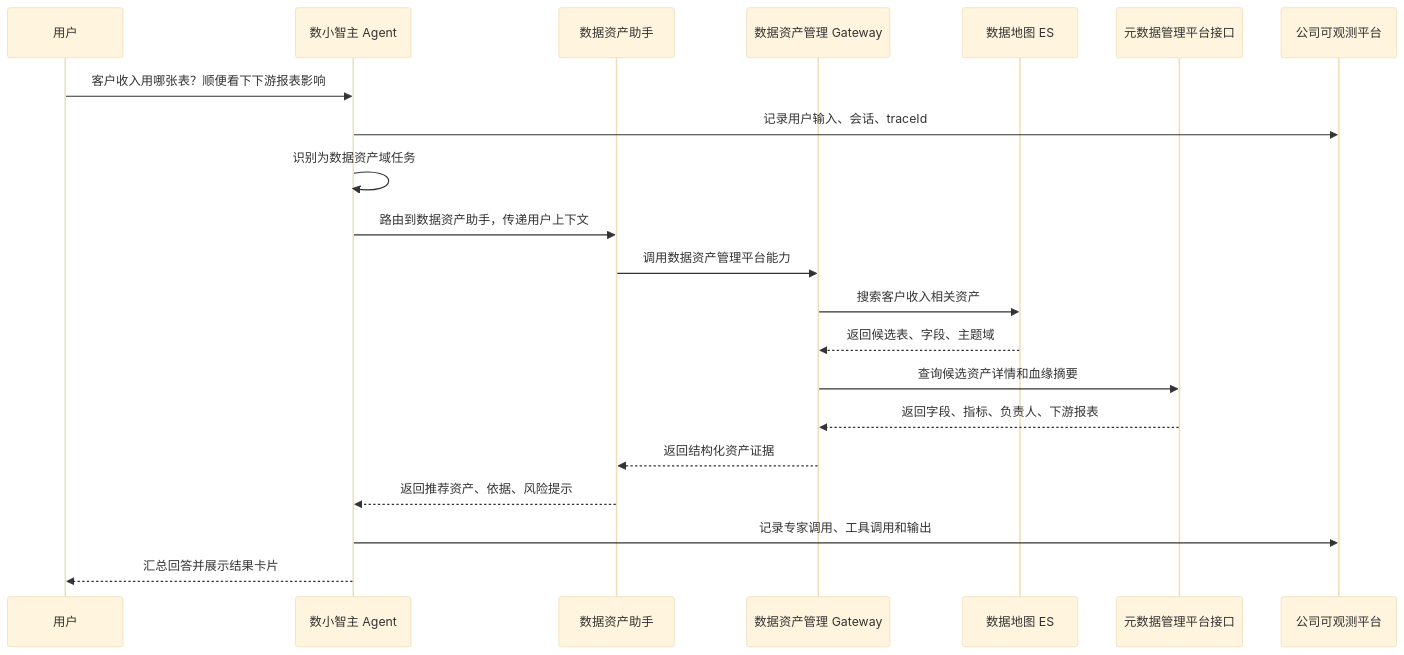
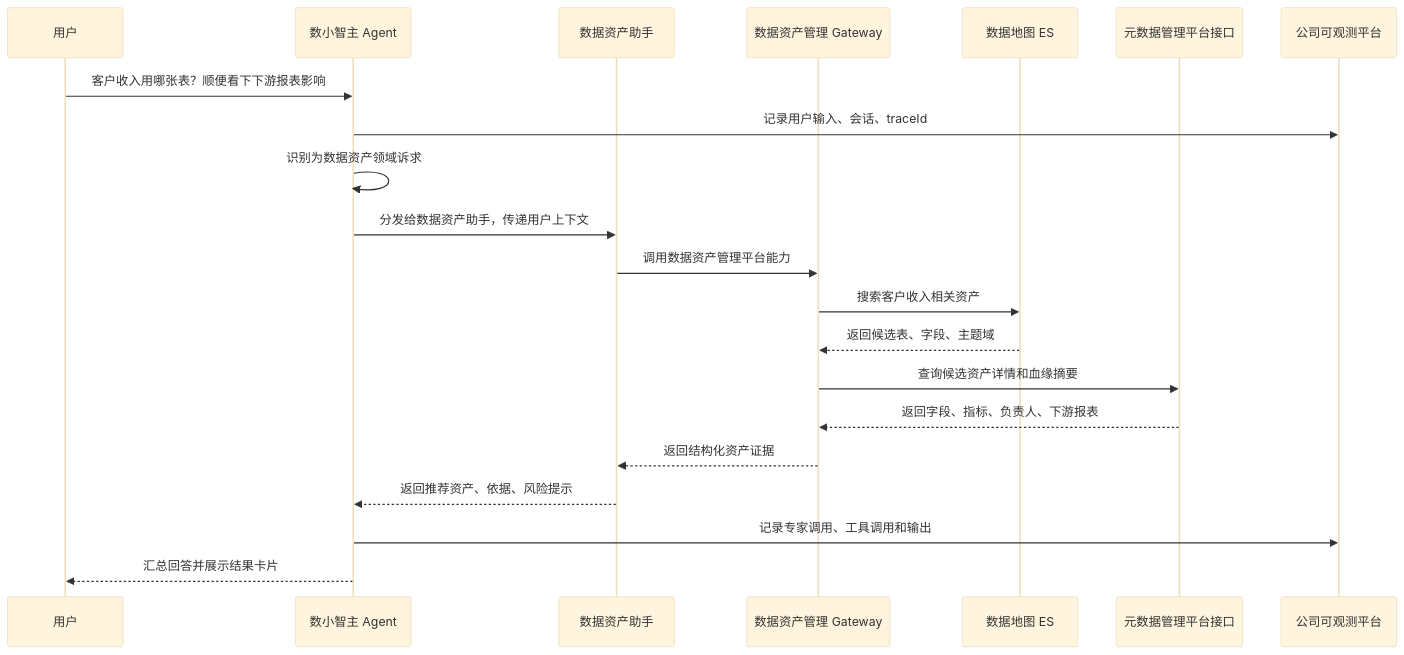
The third of 3 diagrams in 数据资产助手/02-数小智整体架构.md (ShaneLiu001/dataasset), drawn with Mermaid (base theme) before and after one commit. The commit also changed other lines of this file and 60 other files, not shown here.

````diff
--- a/数据资产助手/02-数小智整体架构.md
+++ b/数据资产助手/02-数小智整体架构.md
@@ -100,24 +100,24 @@
 ```mermaid
 sequenceDiagram
   participant U as 用户
   participant X as 数小智主 Agent
   participant A as 数据资产助手
   participant G as 数据资产管理 Gateway
   participant ES as 数据地图 ES
   participant M as 元数据管理平台接口
   participant O as 公司可观测平台
 
   U->>X: 客户收入用哪张表？顺便看下下游报表影响
   X->>O: 记录用户输入、会话、traceId
-  X->>X: 识别为数据资产域任务
-  X->>A: 路由到数据资产助手，传递用户上下文
+  X->>X: 识别为数据资产领域诉求
+  X->>A: 分发给数据资产助手，传递用户上下文
   A->>G: 调用数据资产管理平台能力
   G->>ES: 搜索客户收入相关资产
   ES-->>G: 返回候选表、字段、主题域
   G->>M: 查询候选资产详情和血缘摘要
   M-->>G: 返回字段、指标、负责人、下游报表
   G-->>A: 返回结构化资产证据
   A-->>X: 返回推荐资产、依据、风险提示
   X->>O: 记录专家调用、工具调用和输出
   X-->>U: 汇总回答并展示结果卡片
 ```
````
